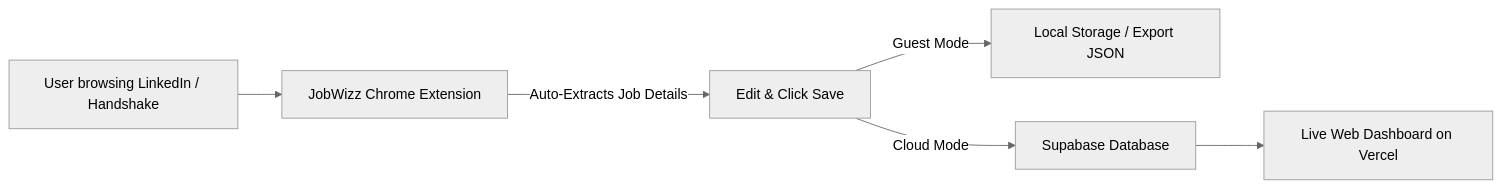
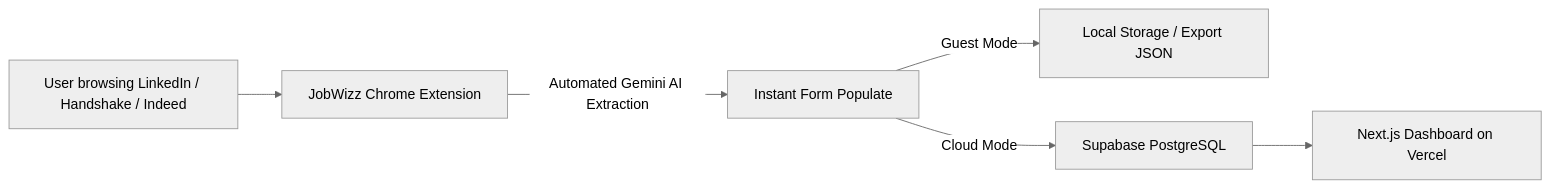
Before and after one commit to aryankumar10/jobwizz: the diagram in README.md, drawn with Mermaid (neutral theme). The commit also changed other lines of this file and 18 other files, not shown here.

````diff
--- a/README.md
+++ b/README.md
@@ -9,8 +9,8 @@
 ```mermaid
 flowchart LR
-    A[User browsing LinkedIn / Handshake] --> B[JobWizz Chrome Extension]
-    B -->|Auto-Extracts Job Details| C[Edit & Click Save]
+    A[User browsing LinkedIn / Handshake / Indeed] --> B[JobWizz Chrome Extension]
+    B -->|Automated Gemini AI Extraction| C[Instant Form Populate]
     C -->|Guest Mode| D[Local Storage / Export JSON]
-    C -->|Cloud Mode| E[Supabase Database]
-    E --> F[Live Web Dashboard on Vercel]
+    C -->|Cloud Mode| E[Supabase PostgreSQL]
+    E --> F[Next.js Dashboard on Vercel]
 ```
````
